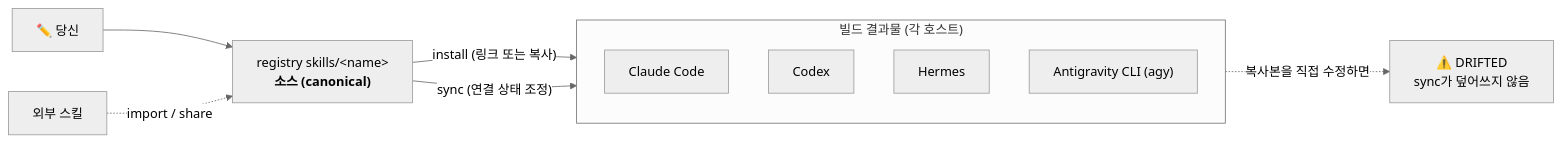
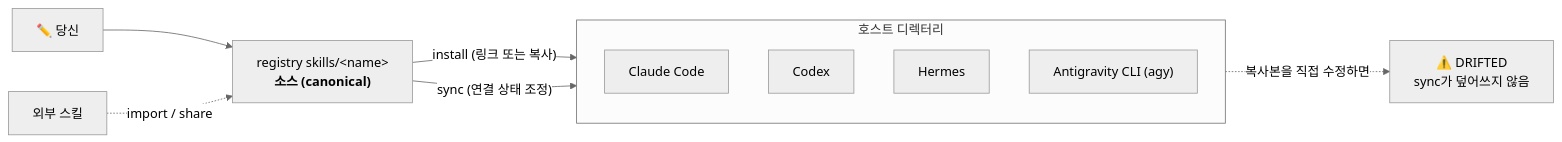
Before and after one commit to Seosiju/my-skills: the diagram in README.ko.md, drawn with Mermaid (neutral theme). The commit also changed other lines of this file and 6 other files, not shown here.

````diff
--- a/README.ko.md
+++ b/README.ko.md
@@ -78,16 +79,16 @@
 ```mermaid
 flowchart LR
     edit["✏️ 당신"] --> src["registry skills/&lt;name&gt;<br/><b>소스 (canonical)</b>"]
     ext["외부 스킬"] -.->|import / share| src
-    src -->|"install (링크 또는 복사)"| out
-    src -->|"sync (연결 상태 조정)"| out
+    src -->|"install (링크 또는 복사)"| hosts
+    src -->|"sync (연결 상태 조정)"| hosts
 
-    subgraph out["빌드 결과물 (각 호스트)"]
+    subgraph hosts["호스트 디렉터리"]
         c["Claude Code"]
         x["Codex"]
         h["Hermes"]
         a["Antigravity CLI (agy)"]
     end
 
-    out -. "복사본을 직접 수정하면" .-> drift["⚠️ DRIFTED<br/>sync가 덮어쓰지 않음"]
+    hosts -. "복사본을 직접 수정하면" .-> drift["⚠️ DRIFTED<br/>sync가 덮어쓰지 않음"]
 ```
````
